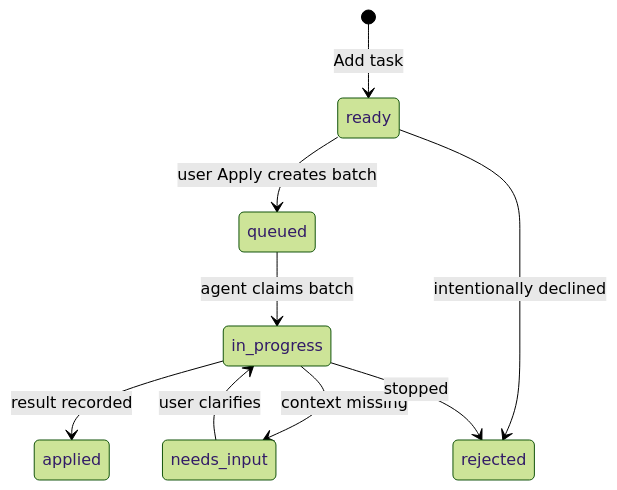
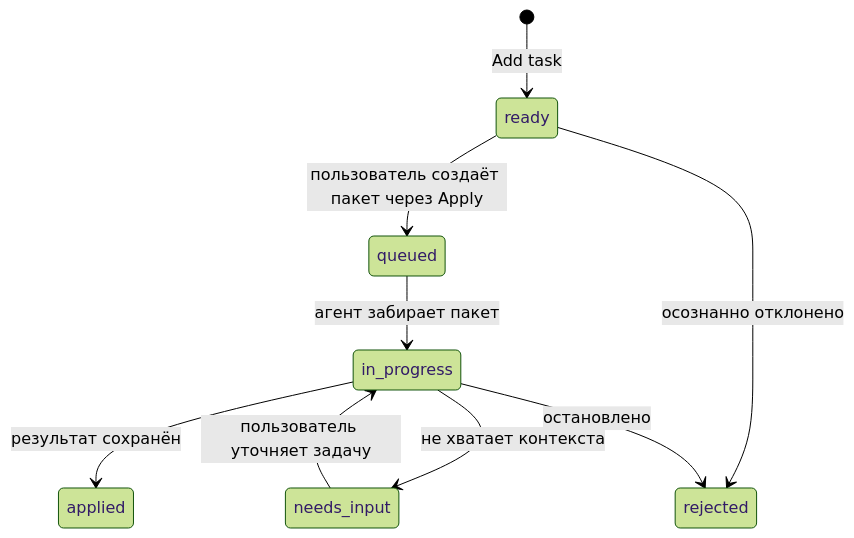
Before and after one commit to PRODactionPRO/visual-intent: the first of 2 diagrams in docs/PROTOCOL.md, drawn with Mermaid (forest theme). The commit also changed other lines of this file and 21 other files, not shown here.

````diff
--- a/docs/PROTOCOL.md
+++ b/docs/PROTOCOL.md
@@ -114,11 +114,11 @@
 ```mermaid
 stateDiagram-v2
   [*] --> ready: Add task
-  ready --> queued: user Apply creates batch
-  queued --> in_progress: agent claims batch
-  in_progress --> needs_input: context missing
-  needs_input --> in_progress: user clarifies
-  in_progress --> applied: result recorded
-  ready --> rejected: intentionally declined
-  in_progress --> rejected: stopped
+  ready --> queued: пользователь создаёт пакет через Apply
+  queued --> in_progress: агент забирает пакет
+  in_progress --> needs_input: не хватает контекста
+  needs_input --> in_progress: пользователь уточняет задачу
+  in_progress --> applied: результат сохранён
+  ready --> rejected: осознанно отклонено
+  in_progress --> rejected: остановлено
 ```
````
